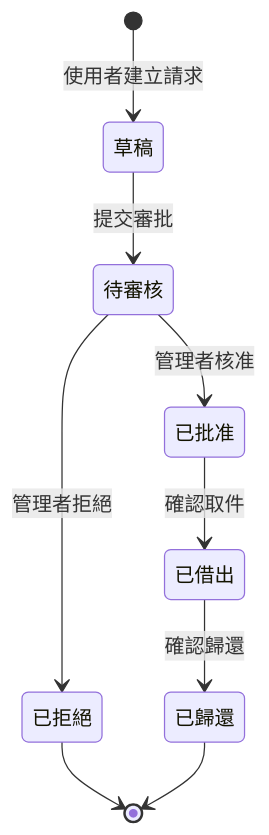
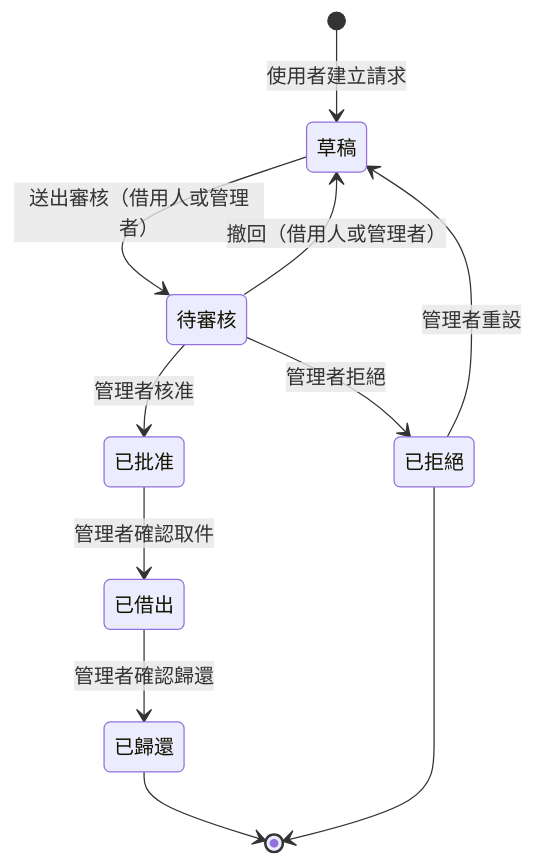
The second of 3 diagrams in README_zh_TW.md (WOOWTECH/Odoo_tool-device_borrow), drawn with Mermaid before and after one commit. The commit also changed other lines of this file and 20 other files, not shown here.

````diff
--- a/README_zh_TW.md
+++ b/README_zh_TW.md
@@ -154,11 +157,13 @@
 ```mermaid
 stateDiagram-v2
     [*] --> 草稿 : 使用者建立請求
-    草稿 --> 待審核 : 提交審批
+    草稿 --> 待審核 : 送出審核（借用人或管理者）
+    待審核 --> 草稿 : 撤回（借用人或管理者）
     待審核 --> 已批准 : 管理者核准
     待審核 --> 已拒絕 : 管理者拒絕
-    已批准 --> 已借出 : 確認取件
-    已借出 --> 已歸還 : 確認歸還
+    已拒絕 --> 草稿 : 管理者重設
+    已批准 --> 已借出 : 管理者確認取件
+    已借出 --> 已歸還 : 管理者確認歸還
     已拒絕 --> [*]
     已歸還 --> [*]
 ```
````
